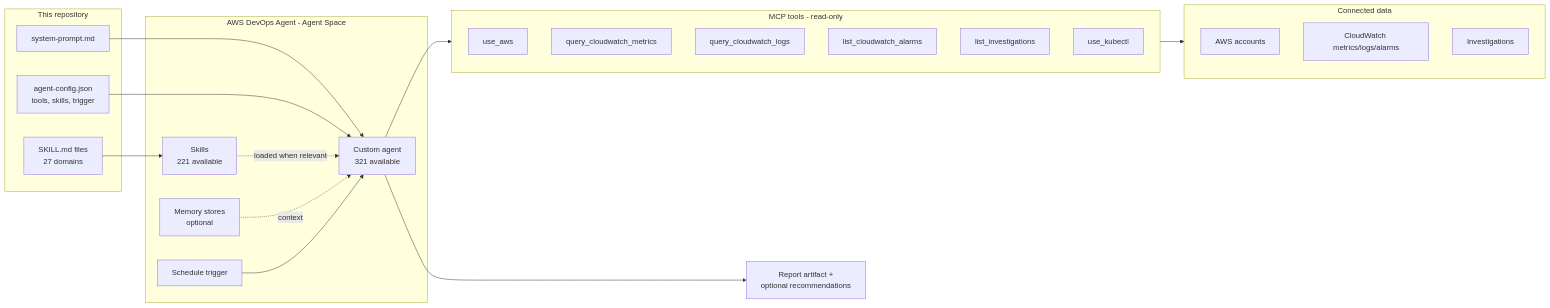
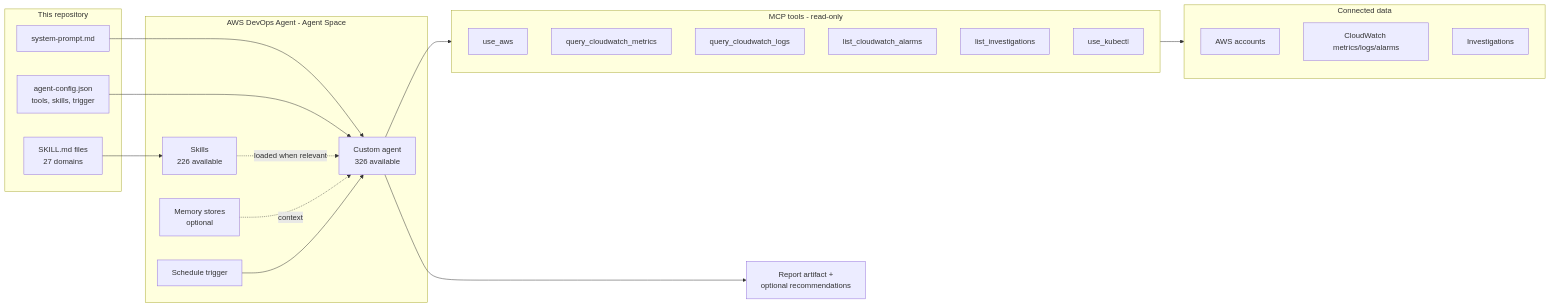
One commit to Misterb91123/aws-sample-ai-agents changed the first of 4 diagrams in README.md. Above: the diagram before and after it, drawn with Mermaid. The commit also changed other lines of this file and 20 other files, not shown here.

````diff
--- a/README.md
+++ b/README.md
@@ -28,42 +28,42 @@
 ```mermaid
 flowchart LR
     subgraph Repo["This repository"]
         SP[system-prompt.md]
         CFG[agent-config.json<br/>tools, skills, trigger]
         SK[SKILL.md files<br/>27 domains]
     end
 
     subgraph Space["AWS DevOps Agent - Agent Space"]
-        AG[Custom agent<br/>321 available]
-        SKA[Skills<br/>221 available]
+        AG[Custom agent<br/>326 available]
+        SKA[Skills<br/>226 available]
         MEM[Memory stores<br/>optional]
         TRG[Schedule trigger]
     end
 
     subgraph Tools["MCP tools - read-only"]
         T1[use_aws]
         T2[query_cloudwatch_metrics]
         T3[query_cloudwatch_logs]
         T4[list_cloudwatch_alarms]
         T5[list_investigations]
         T6[use_kubectl]
     end
 
     subgraph Sources["Connected data"]
         AWS[AWS accounts]
         CW[CloudWatch metrics/logs/alarms]
         INV[Investigations]
     end
 
     OUT[Report artifact +<br/>optional recommendations]
 
     SP --> AG
     CFG --> AG
     SK --> SKA
     SKA -.loaded when relevant.-> AG
     MEM -.context.-> AG
     TRG --> AG
     AG --> Tools
     Tools --> Sources
     AG --> OUT
 ```
````
